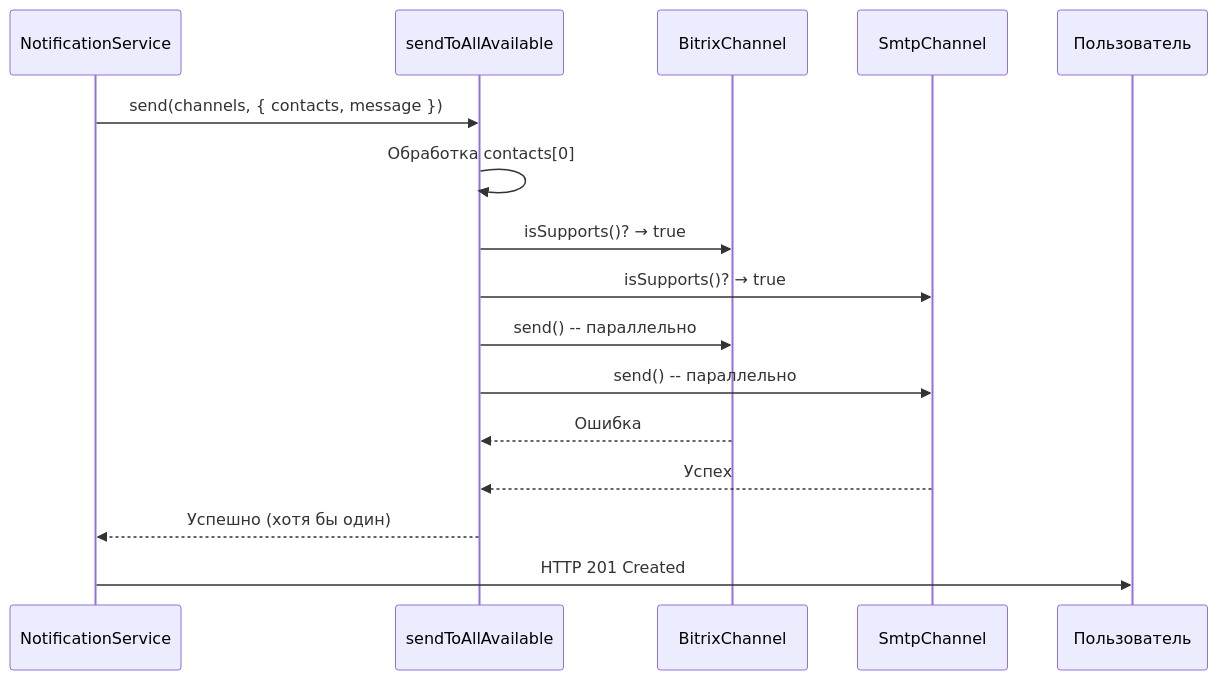
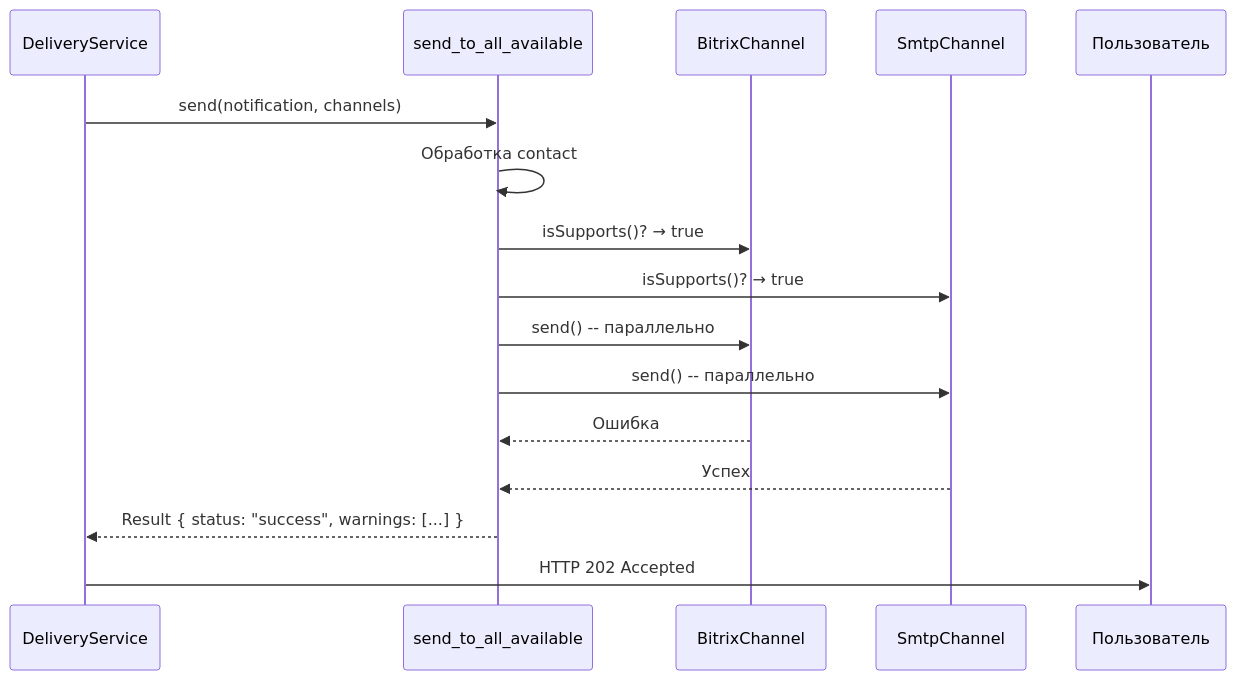
The second of 2 diagrams in docs/architecture/strategies.md (andreyantropov/notification-service), drawn with Mermaid before and after one commit. The commit also changed other lines of this file and 358 other files, not shown here.

````diff
--- a/docs/architecture/strategies.md
+++ b/docs/architecture/strategies.md
@@ -159,24 +135,24 @@
 ```mermaid
 sequenceDiagram
-    participant Service as NotificationService
-    participant Strategy as sendToAllAvailable
+    participant Service as DeliveryService
+    participant Strategy as send_to_all_available
     participant Bitrix as BitrixChannel
     participant Smtp as SmtpChannel
     participant User as Пользователь
 
-    Service->>Strategy: send(channels, { contacts, message })
+    Service->>Strategy: send(notification, channels)
 
-    Strategy->>Strategy: Обработка contacts[0]
+    Strategy->>Strategy: Обработка contact
 
     Strategy->>Bitrix: isSupports()? → true
     Strategy->>Smtp: isSupports()? → true
 
     Strategy->>Bitrix: send() -- параллельно
     Strategy->>Smtp: send() -- параллельно
 
     Bitrix-->>Strategy: Ошибка
     Smtp-->>Strategy: Успех
 
-    Strategy-->>Service: Успешно (хотя бы один)
-    Service->>User: HTTP 201 Created
+    Strategy-->>Service: Result { status: "success", warnings: [...] }
+    Service->>User: HTTP 202 Accepted
 ```
````
